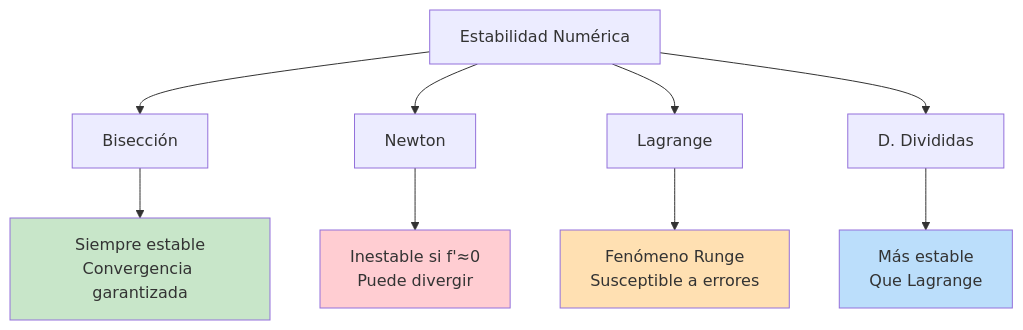
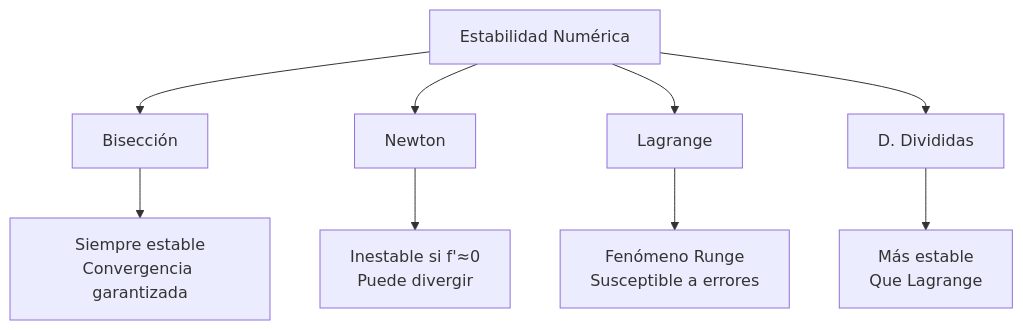
One commit to agughost1234/Simulaci-n_Proyecto_Final changed the fifth of 5 diagrams in README.md. Above: the diagram before and after it, drawn with Mermaid. The commit also changed other lines of this file, not shown here.

````diff
--- a/README.md
+++ b/README.md
@@ -472,23 +461,18 @@
 ```mermaid
 graph TD
     A["Estabilidad Numérica"]
     B["Bisección"]
     C["Newton"]
     D["Lagrange"]
     E["D. Divididas"]
     
     A --> B
     A --> C
     A --> D
     A --> E
     
     B --> B1["Siempre estable<br/>Convergencia garantizada"]
     C --> C1["Inestable si f'≈0<br/>Puede divergir"]
     D --> D1["Fenómeno Runge<br/>Susceptible a errores"]
     E --> E1["Más estable<br/>Que Lagrange"]
-    
-    style B1 fill:#c8e6c9
-    style C1 fill:#ffcdd2
-    style D1 fill:#ffe0b2
-    style E1 fill:#bbdefb
 ```
````
